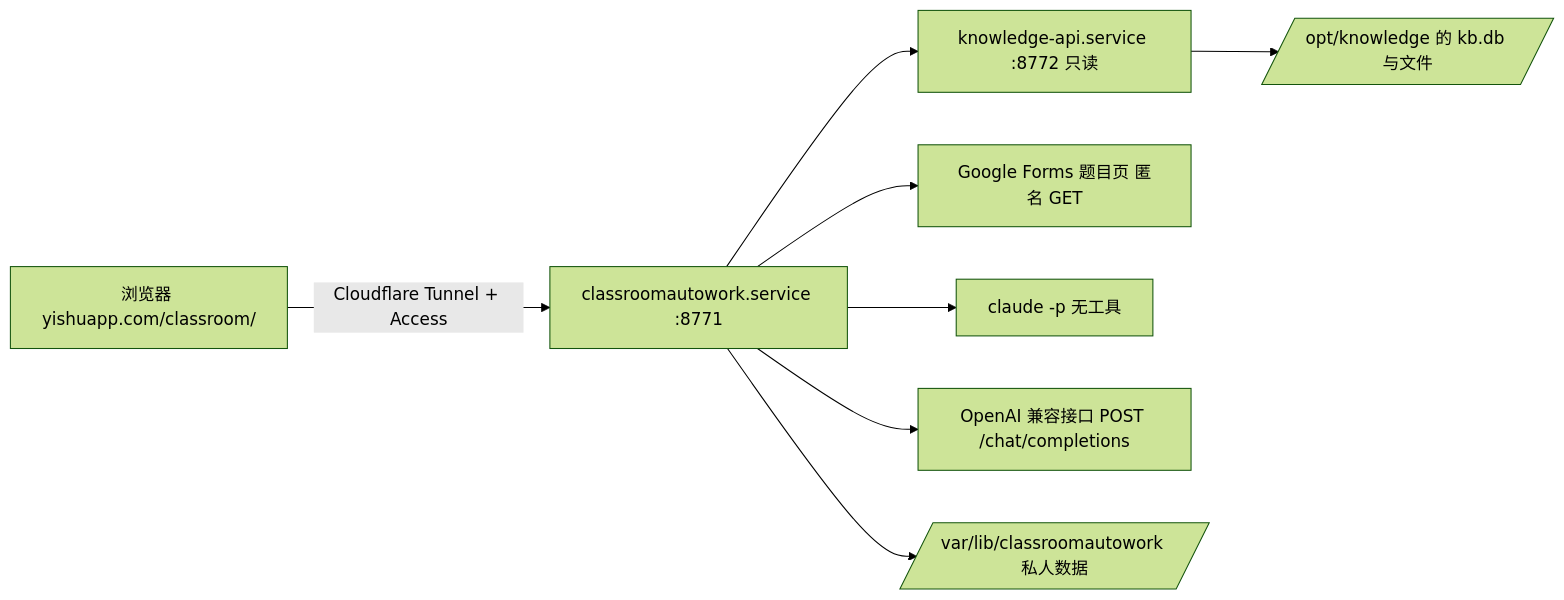
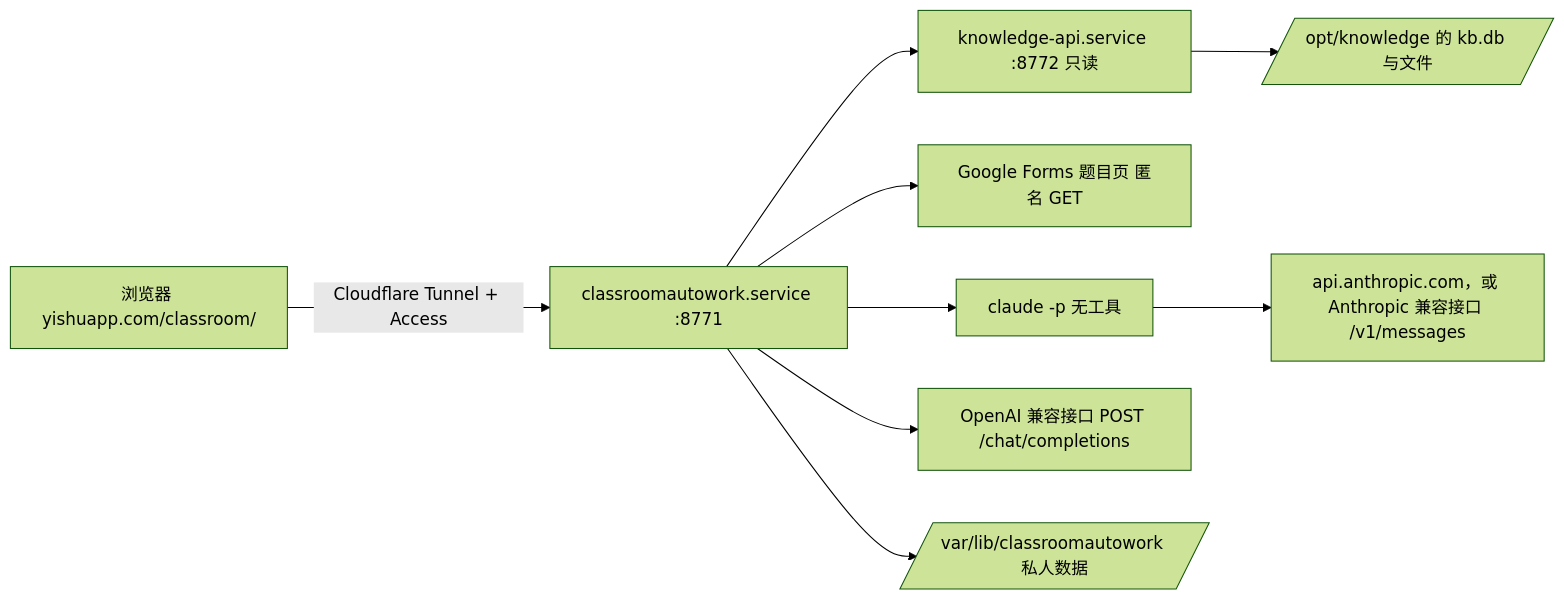
The diagram in README.md (shu2223/classroomautowork), drawn with Mermaid (forest theme) before and after one commit. The commit also changed other lines of this file and 20 other files, not shown here.

````diff
--- a/README.md
+++ b/README.md
@@ -13,10 +13,11 @@
 ```mermaid
 flowchart LR
   B[浏览器 yishuapp.com/classroom/] -->|Cloudflare Tunnel + Access| W[classroomautowork.service :8771]
   W --> K[knowledge-api.service :8772 只读]
   K --> D[/opt/knowledge 的 kb.db 与文件/]
   W --> F[Google Forms 题目页 匿名 GET]
   W --> C[claude -p 无工具]
+  C --> CA[api.anthropic.com，或 Anthropic 兼容接口 /v1/messages]
   W --> O[OpenAI 兼容接口 POST /chat/completions]
   W --> P[/var/lib/classroomautowork 私人数据/]
 ```
````
